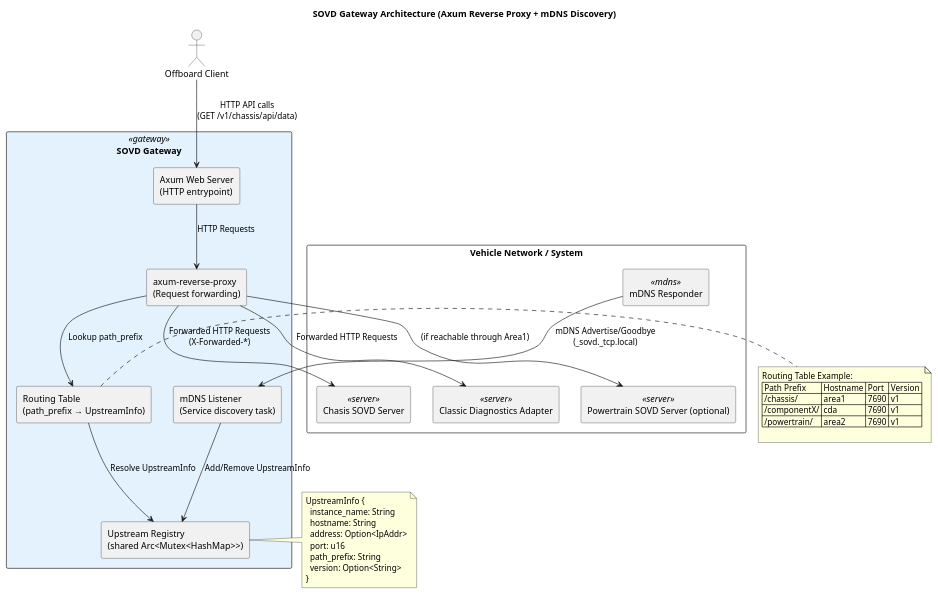
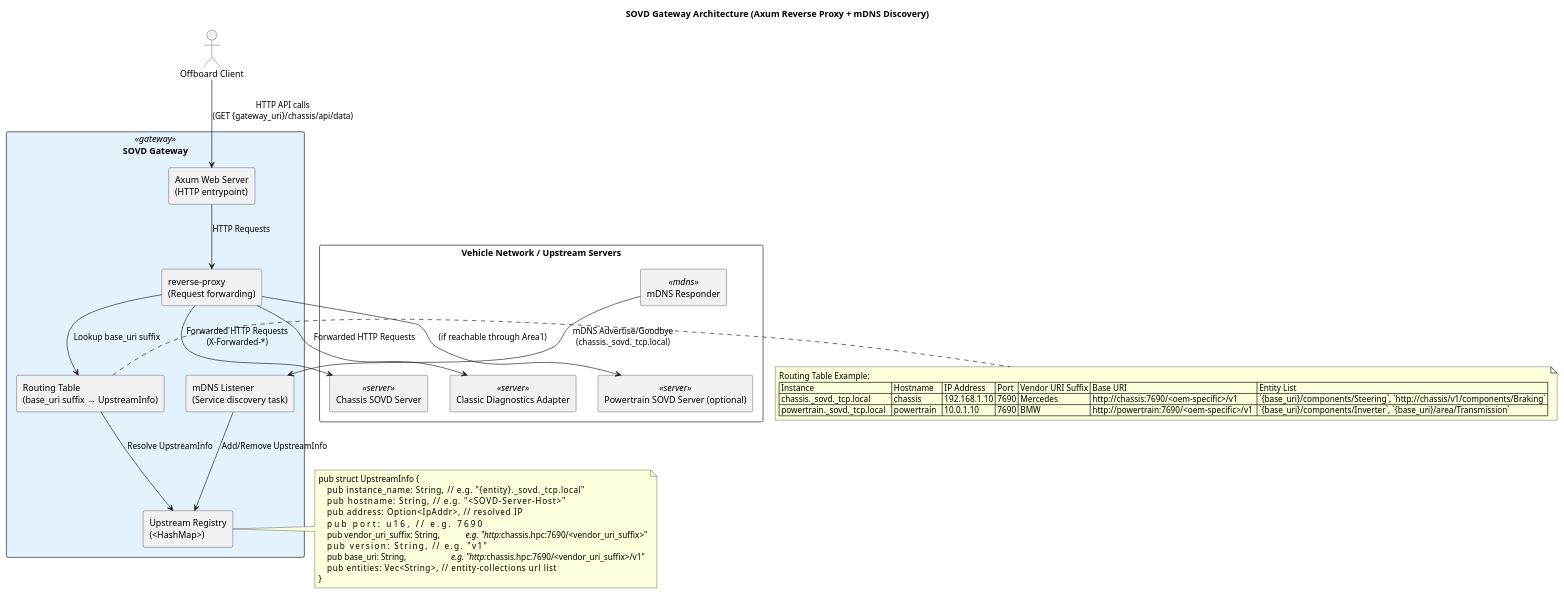
Before and after one commit to lorinciubeica10/opensovd-core: the diagram in docs/architecture/platuml_sovd_gateway_arch.puml, drawn with PlantUML. The commit also changed 3 other files, not shown here.

Commit message:
updated sequence diagrams and arch view

```diff
--- a/docs/architecture/platuml_sovd_gateway_arch.puml
+++ b/docs/architecture/platuml_sovd_gateway_arch.puml
@@ -1,63 +1,63 @@
 @startuml
 title SOVD Gateway Architecture (Axum Reverse Proxy + mDNS Discovery)
 
 skinparam componentStyle rectangle
 skinparam rectangle {
   BackgroundColor<<gateway>> #E3F2FD
   BackgroundColor<<server>> #E8F5E9
   BackgroundColor<<mdns>> #FFF3E0
 }
 
 actor "Offboard Client" as Client
 
 rectangle "SOVD Gateway" <<gateway>> {
   component "Axum Web Server\n(HTTP entrypoint)" as Axum
-  component "axum-reverse-proxy\n(Request forwarding)" as Proxy
-  component "Routing Table\n(path_prefix → UpstreamInfo)" as Routing
+  component "reverse-proxy\n(Request forwarding)" as Proxy
+  component "Routing Table\n(base_uri suffix → UpstreamInfo)" as Routing
   component "mDNS Listener\n(Service discovery task)" as MDNSListener
-  component "Upstream Registry\n(shared Arc<Mutex<HashMap>>)" as Registry
+  component "Upstream Registry\n(<HashMap>)" as Registry
 
   Axum --> Proxy : HTTP Requests
-  Proxy --> Routing : Lookup path_prefix
+  Proxy --> Routing : Lookup base_uri suffix
   Routing --> Registry : Resolve UpstreamInfo
   MDNSListener --> Registry : Add/Remove UpstreamInfo
 }
 
-rectangle "Vehicle Network / System" {
-  component "Chasis SOVD Server" <<server>> as Area1
+rectangle "Vehicle Network / Upstream Servers" {
+  component "Chassis SOVD Server" <<server>> as Area1
   component "Classic Diagnostics Adapter" <<server>> as CDA
   component "Powertrain SOVD Server (optional)" <<server>> as Area2
   component "mDNS Responder" <<mdns>> as MDNSResponder
 
   MDNSResponder -[hidden]-> Area1
   MDNSResponder -[hidden]-> CDA
   MDNSResponder -[hidden]-> Area2
 }
 
-Client --> Axum : HTTP API calls\n(GET /v1/chassis/api/data)
-MDNSResponder --> MDNSListener : mDNS Advertise/Goodbye\n(_sovd._tcp.local)
+Client --> Axum : HTTP API calls\n(GET {gateway_uri}/chassis/api/data)
+MDNSResponder --> MDNSListener : mDNS Advertise/Goodbye\n(chassis._sovd._tcp.local)
 Proxy --> Area1 : Forwarded HTTP Requests\n(X-Forwarded-*)
 Proxy --> CDA : Forwarded HTTP Requests
 Proxy --> Area2 : (if reachable through Area1)
 
 note right of Routing
 Routing Table Example:
-| Path Prefix | Hostname | Port | Version |
-| /chassis/    | area1     | 7690 | v1  |
-| /componentX/ | cda       | 7690 | v1  |
-| /powertrain/ | area2     | 7690 | v1  |
-
+| Instance                     | Hostname    | IP Address   | Port | Vendor URI Suffix | Base URI                     | Entity List |
+| chassis._sovd._tcp.local  | chassis    | 192.168.1.10 | 7690 | Mercedes        | http://chassis:7690/<oem-specific>/v1     | `{base_uri}/components/Steering`, `http://chassis/v1/components/Braking` |
+| powertrain._sovd._tcp.local   | powertrain | 10.0.1.10    | 7690 | BMW             | http://powertrain:7690/<oem-specific>/v1  | `{base_uri}/components/Inverter`, `{base_uri}/area/Transmission` |
 end note
 
 note right of Registry
-UpstreamInfo {
-  instance_name: String
-  hostname: String
-  address: Option<IpAddr>
-  port: u16
-  path_prefix: String
-  version: Option<String>
+pub struct UpstreamInfo {
+    pub instance_name: String,               // e.g. "{entity}._sovd._tcp.local"
+    pub hostname: String,                    // e.g. "<SOVD-Server-Host>"
+    pub address: Option<IpAddr>,             // resolved IP
+    pub port: u16,                           // e.g. 7690
+    pub vendor_uri_suffix: String,           // e.g. "http://chassis.hpc:7690/<vendor_uri_suffix>"
+    pub version: String,                     // e.g. "v1"
+    pub base_uri: String,                    // e.g. "http://chassis.hpc:7690/<vendor_uri_suffix>/v1"
+    pub entities: Vec<String>,               // entity-collections url list
 }
 end note
 
 @enduml
```
